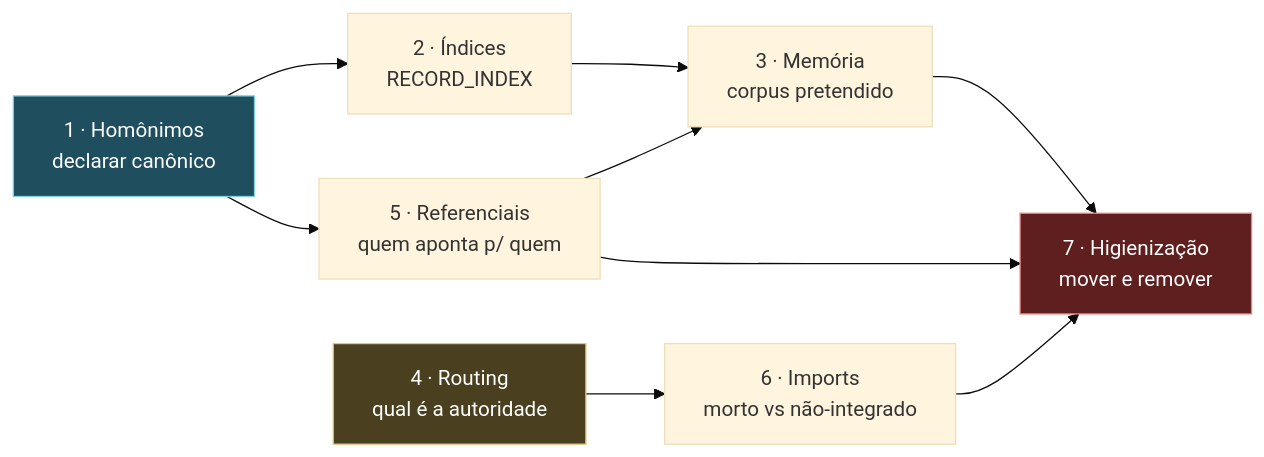
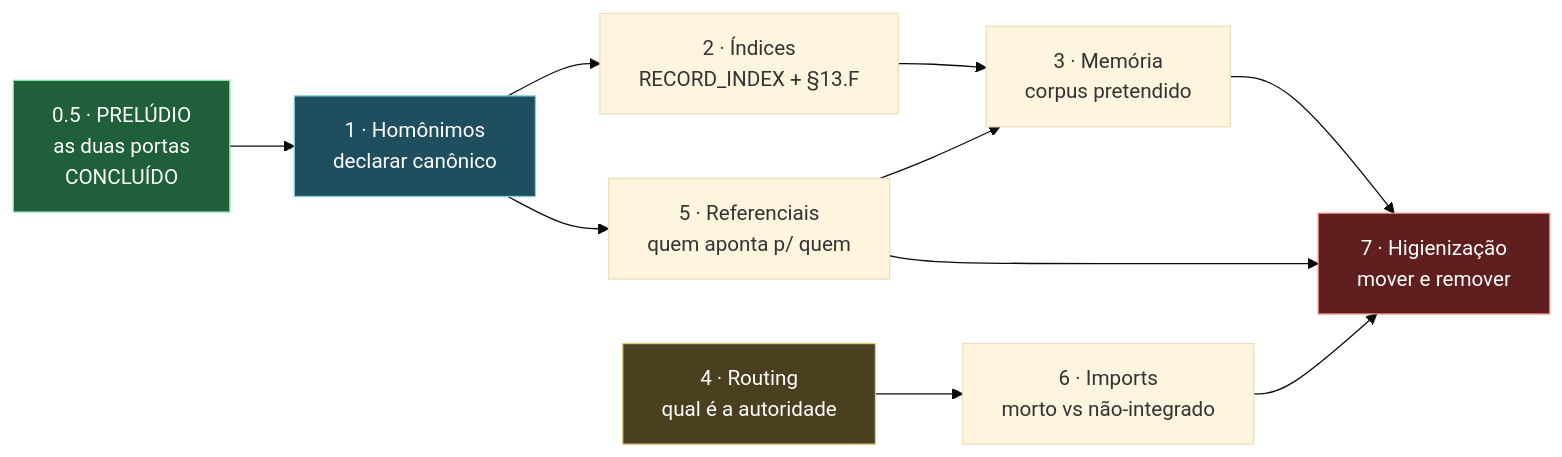
The diagram in reports/PLANO-2B-CURADORIA-ESTRUTURAL.md (RaphaelVitoi/Site), drawn with Mermaid (base theme) before and after one commit. The commit also changed other lines of this file and 6 other files, not shown here.

````diff
--- a/reports/PLANO-2B-CURADORIA-ESTRUTURAL.md
+++ b/reports/PLANO-2B-CURADORIA-ESTRUTURAL.md
@@ -177,14 +291,16 @@
 ```mermaid
 graph LR
-    A["1 · Homônimos<br/>declarar canônico"] --> B["2 · Índices<br/>RECORD_INDEX"]
+    P["0.5 · PRELÚDIO<br/>as duas portas<br/>CONCLUÍDO"] --> A["1 · Homônimos<br/>declarar canônico"]
+    A --> B["2 · Índices<br/>RECORD_INDEX + §13.F"]
     A --> E["5 · Referenciais<br/>quem aponta p/ quem"]
     B --> C["3 · Memória<br/>corpus pretendido"]
     E --> C
     D["4 · Routing<br/>qual é a autoridade"] --> F["6 · Imports<br/>morto vs não-integrado"]
     C --> G["7 · Higienização<br/>mover e remover"]
     F --> G
     E --> G
+    style P fill:#1f5f3a,stroke:#7fe0a8,color:#fff
     style A fill:#1f4e5f,stroke:#7fd1e0,color:#fff
     style G fill:#5f1f1f,stroke:#e08080,color:#fff
     style D fill:#4a3f1f,stroke:#e0c880,color:#fff
 ```
````
